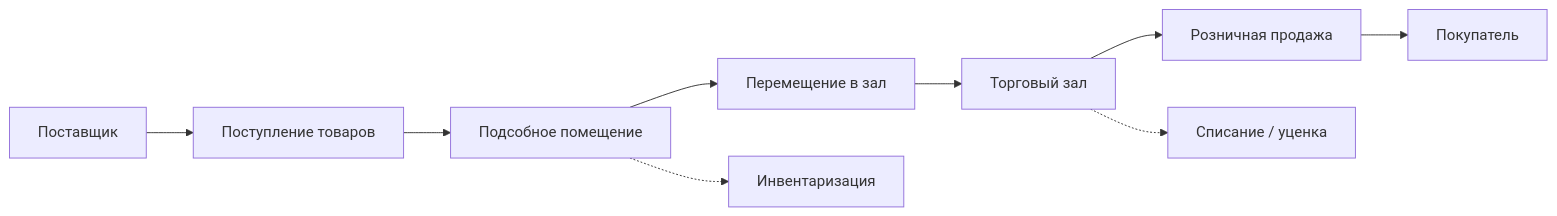
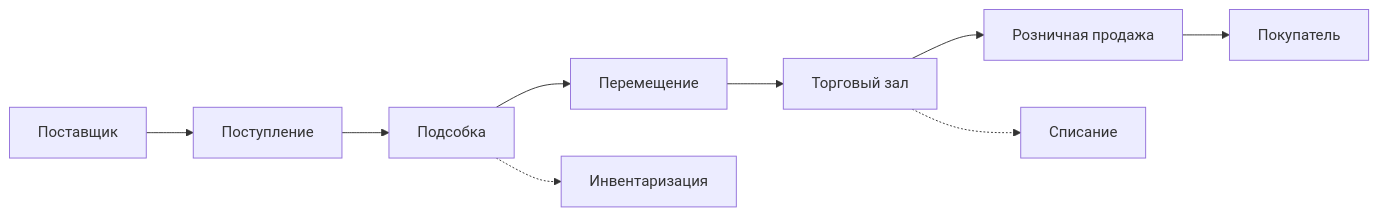
Before and after one commit to mlyapinking/RepositoryGit: the sixth of 6 diagrams in kursovaya-magazin-odezhdy-ishin.md, drawn with Mermaid. The commit also changed other lines of this file, not shown here.

````diff
--- a/kursovaya-magazin-odezhdy-ishin.md
+++ b/kursovaya-magazin-odezhdy-ishin.md
@@ -526,11 +594,11 @@
 ```mermaid
 flowchart LR
-    A[Поставщик] --> B[Поступление товаров]
-    B --> C[Подсобное помещение]
-    C --> D[Перемещение в зал]
+    A[Поставщик] --> B[Поступление]
+    B --> C[Подсобка]
+    C --> D[Перемещение]
     D --> E[Торговый зал]
     E --> F[Розничная продажа]
     F --> G[Покупатель]
-    E -.-> H[Списание / уценка]
+    E -.-> H[Списание]
     C -.-> I[Инвентаризация]
 ```
````
